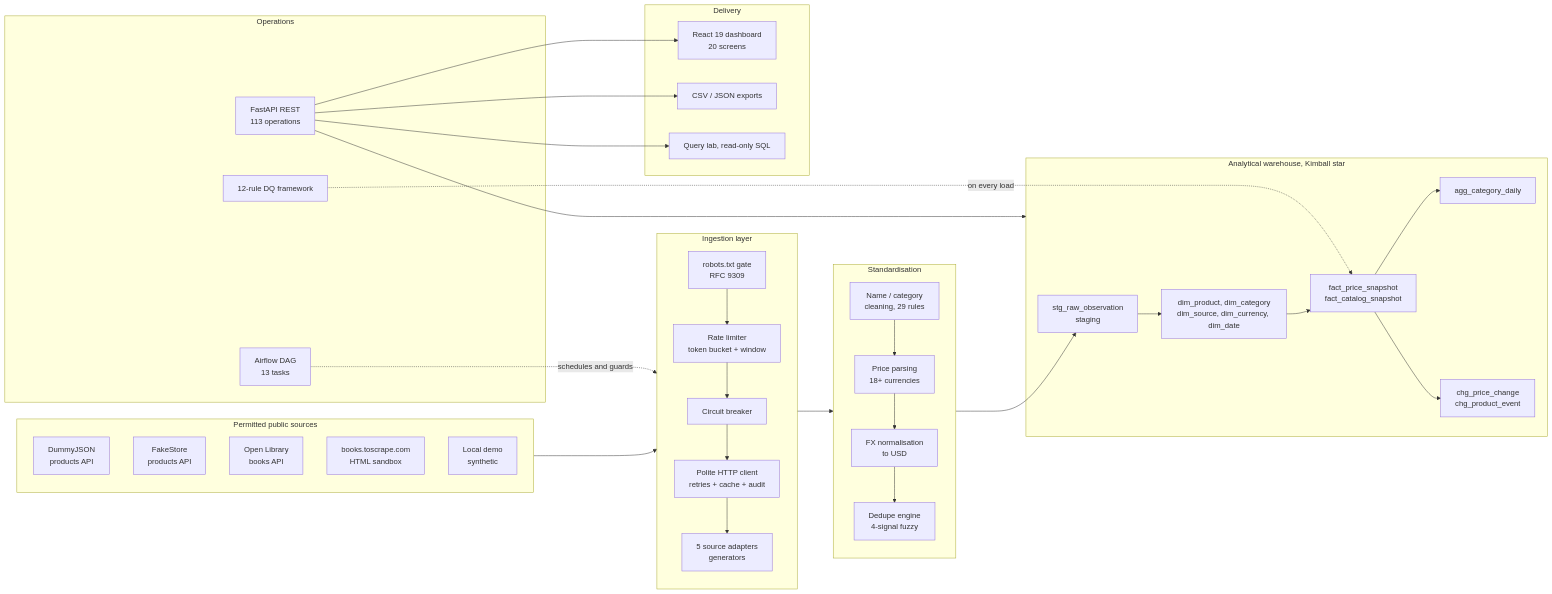
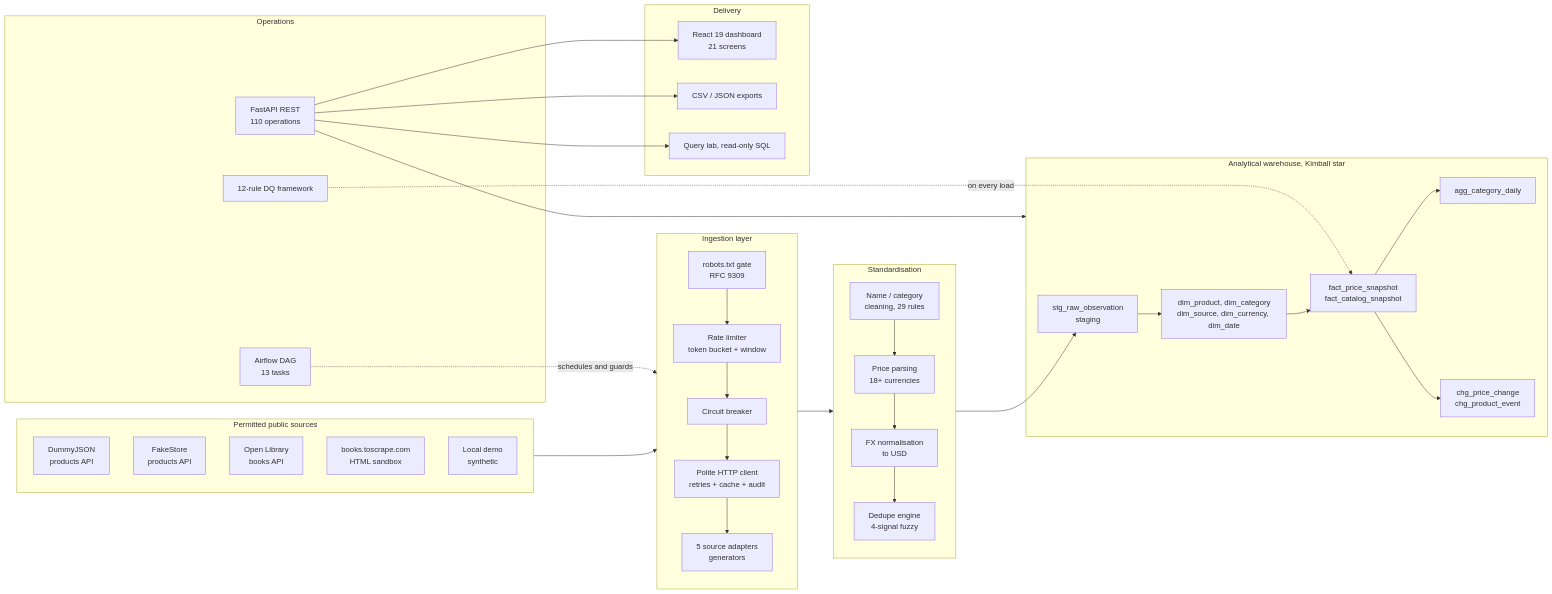
The first of 14 diagrams in README.md (Ahmedbakr78/Web-to-Warehouse-Product-Intelligence-Pipeline), drawn with Mermaid before and after one commit. The commit also changed other lines of this file and 1 other file, not shown here.

First line of the commit message:
Refine architecture documentation and server cleanup

````diff
--- a/README.md
+++ b/README.md
@@ -242,55 +242,55 @@
 ```mermaid
 flowchart LR
     subgraph Sources["Permitted public sources"]
         A1["DummyJSON<br/>products API"]
         A2["FakeStore<br/>products API"]
         A3["Open Library<br/>books API"]
         A4["books.toscrape.com<br/>HTML sandbox"]
         A5["Local demo<br/>synthetic"]
     end
 
     subgraph Ingest["Ingestion layer"]
         direction TB
         R["robots.txt gate<br/>RFC 9309"]
         RL["Rate limiter<br/>token bucket + window"]
         CB["Circuit breaker"]
         HC["Polite HTTP client<br/>retries + cache + audit"]
         S["5 source adapters<br/>generators"]
         R --> RL --> CB --> HC --> S
     end
 
     subgraph Clean["Standardisation"]
         C1["Name / category<br/>cleaning, 29 rules"]
         C2["Price parsing<br/>18+ currencies"]
         C3["FX normalisation<br/>to USD"]
         DD["Dedupe engine<br/>4-signal fuzzy"]
         C1 --> C2 --> C3 --> DD
     end
 
     subgraph Wh["Analytical warehouse, Kimball star"]
         STG["stg_raw_observation<br/>staging"]
         DIM["dim_product, dim_category<br/>dim_source, dim_currency, dim_date"]
         FACT["fact_price_snapshot<br/>fact_catalog_snapshot"]
         AGG["agg_category_daily"]
         CHG["chg_price_change<br/>chg_product_event"]
         STG --> DIM --> FACT --> AGG & CHG
     end
 
     subgraph Ops["Operations"]
         AF["Airflow DAG<br/>13 tasks"]
-        API["FastAPI REST<br/>113 operations"]
+        API["FastAPI REST<br/>110 operations"]
         DQ["12-rule DQ framework"]
     end
 
     subgraph UI["Delivery"]
-        RE["React 19 dashboard<br/>20 screens"]
+        RE["React 19 dashboard<br/>21 screens"]
         EXP["CSV / JSON exports"]
         QL["Query lab, read-only SQL"]
     end
 
     Sources --> Ingest --> Clean --> STG
     AF -.schedules and guards.-> Ingest
     API --> Wh
     API --> RE & EXP & QL
     DQ -.on every load.-> FACT
 ```
````
